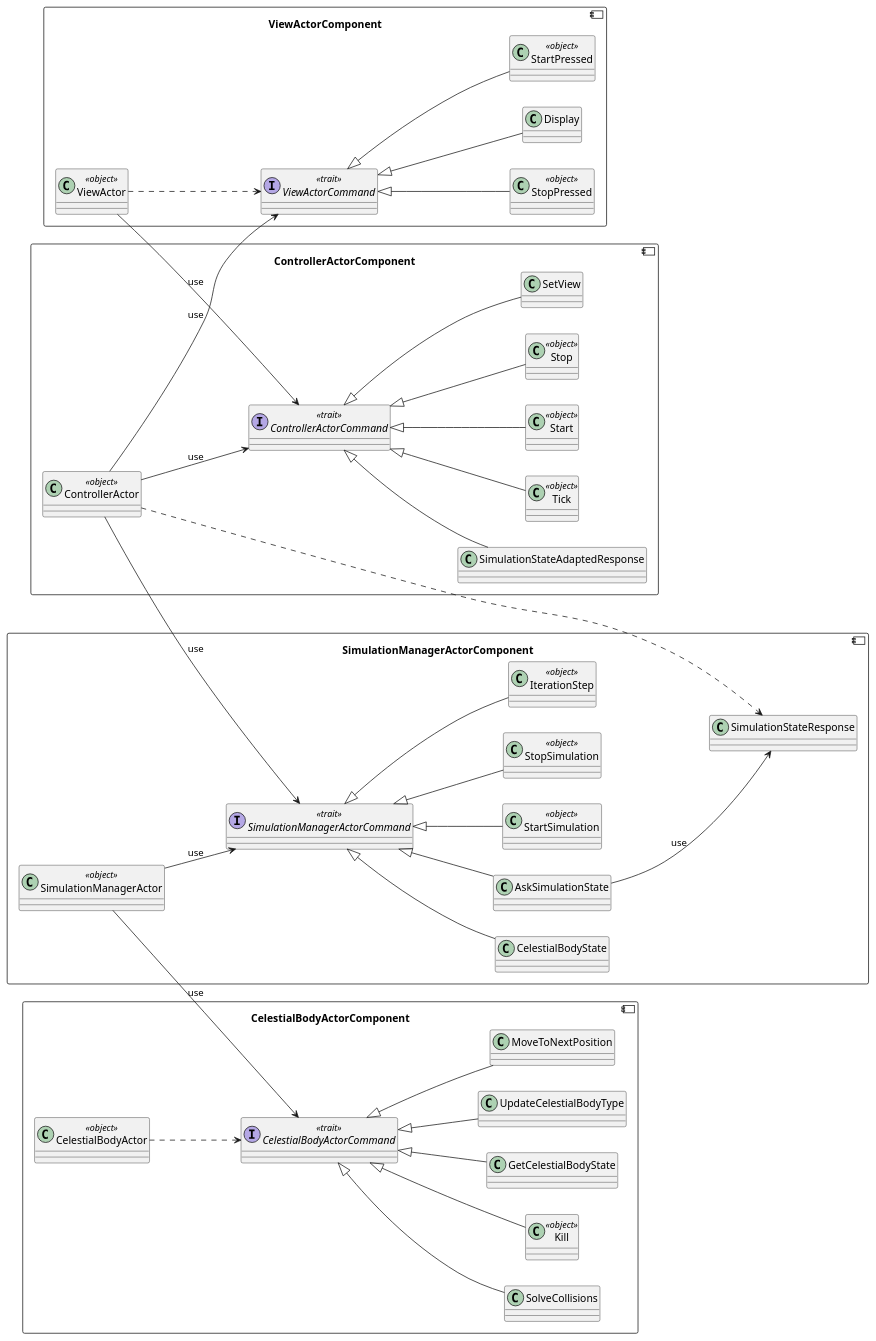
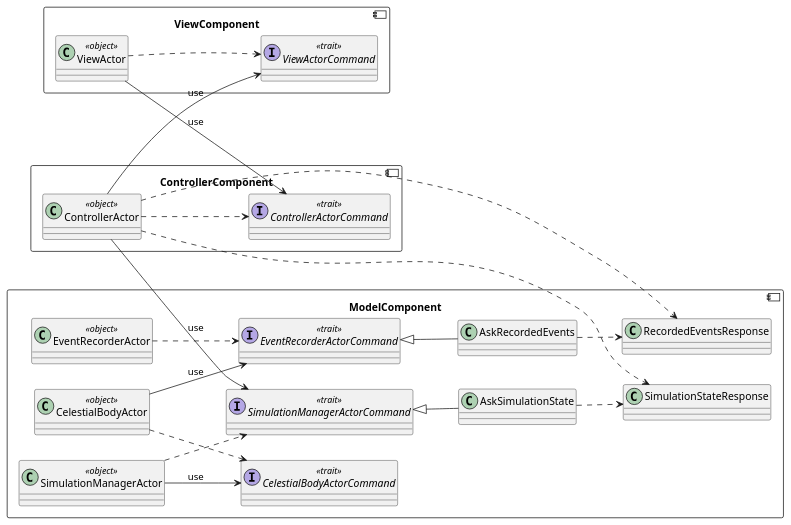
The diagram in uml_diagrams/actors_class_diagram.puml (FilippoVissani/PPS-22-galaxy-sim), drawn with PlantUML before and after one commit. The commit also changed 22 other files, not shown here.

Commit message:
Restructured actors diagrams in chapters 4 and 5

```diff
--- a/uml_diagrams/actors_class_diagram.puml
+++ b/uml_diagrams/actors_class_diagram.puml
@@ -1,56 +1,47 @@
 @startuml
 
 left to right direction
 
-component ViewActorComponent {
-  class ViewActor << object >>
-  interface ViewActorCommand << trait >>
-  class Display extends ViewActorCommand
-  class StartPressed << object >> extends ViewActorCommand
-  class StopPressed << object >> extends ViewActorCommand
+component ViewComponent{
+    class ViewActor << object >>
+    interface ViewActorCommand << trait >>
 }
 
-component ControllerActorComponent {
-  class ControllerActor << object >>
-  interface ControllerActorCommand << trait >>
-  class Start << object >> extends ControllerActorCommand
-  class Stop << object >> extends ControllerActorCommand
-  class SetView extends ControllerActorCommand
-  class SimulationStateAdaptedResponse extends ControllerActorCommand
-  class Tick << object >> extends ControllerActorCommand
+component ControllerComponent{
+    class ControllerActor << object >>
+    interface ControllerActorCommand << trait >>
 }
 
-component SimulationManagerActorComponent {
-  class SimulationManagerActor << object >>
-  interface SimulationManagerActorCommand << trait >>
-  class StartSimulation << object >> extends SimulationManagerActorCommand
-  class StopSimulation << object >> extends SimulationManagerActorCommand
-  class IterationStep << object >> extends SimulationManagerActorCommand
-  class CelestialBodyState extends SimulationManagerActorCommand
-  class AskSimulationState extends SimulationManagerActorCommand
-  class SimulationStateResponse
-}
-AskSimulationState --> SimulationStateResponse : use
-ControllerActor ..> SimulationStateResponse
+component ModelComponent{
+    class SimulationManagerActor << object >>
+    class EventRecorderActor << object >>
+    class CelestialBodyActor << object >>
+    interface SimulationManagerActorCommand << trait >>
+    interface EventRecorderActorCommand << trait >>
+    interface CelestialBodyActorCommand << trait >>
 
-component CelestialBodyActorComponent {
-  class CelestialBodyActor << object >>
-  interface CelestialBodyActorCommand << trait >>
-  class GetCelestialBodyState extends CelestialBodyActorCommand
-  class UpdateCelestialBodyType extends CelestialBodyActorCommand
-  class MoveToNextPosition extends CelestialBodyActorCommand
-  class SolveCollisions extends CelestialBodyActorCommand
-  class Kill << object >> extends CelestialBodyActorCommand
+    class AskSimulationState extends SimulationManagerActorCommand
+    class SimulationStateResponse
+
+    class AskRecordedEvents extends EventRecorderActorCommand
+    class RecordedEventsResponse
 }
 
+ControllerActor ..> SimulationStateResponse
+ControllerActor ..> RecordedEventsResponse
+AskSimulationState ..> SimulationStateResponse
+AskRecordedEvents ..> RecordedEventsResponse
+
 ViewActor ..> ViewActorCommand
-ControllerActor --> ControllerActorCommand : use
-SimulationManagerActor --> SimulationManagerActorCommand : use
+ControllerActor ..> ControllerActorCommand
+SimulationManagerActor ..> SimulationManagerActorCommand
 CelestialBodyActor ..> CelestialBodyActorCommand
+EventRecorderActor ..> EventRecorderActorCommand
 
 ViewActor --> ControllerActorCommand : use
 ControllerActor --> ViewActorCommand : use
 ControllerActor --> SimulationManagerActorCommand : use
 SimulationManagerActor --> CelestialBodyActorCommand : use
+CelestialBodyActor --> EventRecorderActorCommand : use
 
 @enduml
```
